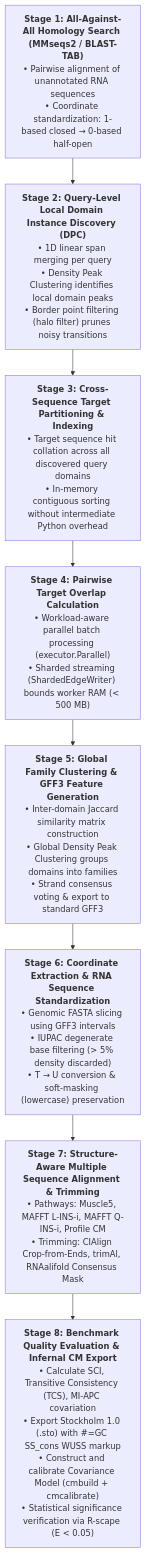
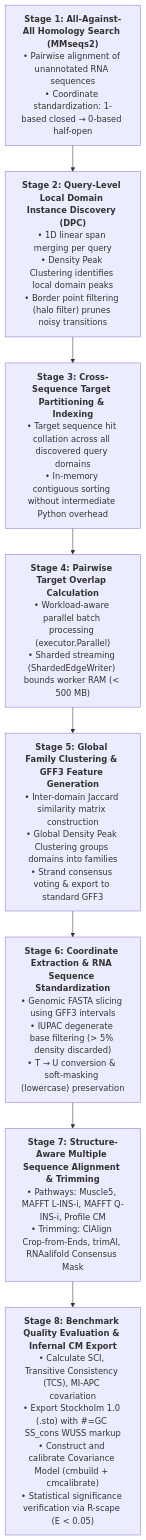
One commit to zwmuam/RFAM_B_domains changed the first of 3 diagrams in README.md. Above: the diagram before and after it, drawn with Mermaid.

Commit message:
Fix Stage 1 description in README.md

````diff
--- a/README.md
+++ b/README.md
@@ -74,13 +74,13 @@
 ```mermaid
 flowchart TD
-    S1["<b>Stage 1: All-Against-All Homology Search (MMseqs2 / BLAST-TAB)</b><br/>• Pairwise alignment of unannotated RNA sequences<br/>• Coordinate standardization: 1-based closed &rarr; 0-based half-open"]
+    S1["<b>Stage 1: All-Against-All Homology Search (MMseqs2)</b><br/>• Pairwise alignment of unannotated RNA sequences<br/>• Coordinate standardization: 1-based closed &rarr; 0-based half-open"]
     S2["<b>Stage 2: Query-Level Local Domain Instance Discovery (DPC)</b><br/>• 1D linear span merging per query<br/>• Density Peak Clustering identifies local domain peaks<br/>• Border point filtering (halo filter) prunes noisy transitions"]
     S3["<b>Stage 3: Cross-Sequence Target Partitioning & Indexing</b><br/>• Target sequence hit collation across all discovered query domains<br/>• In-memory contiguous sorting without intermediate Python overhead"]
     S4["<b>Stage 4: Pairwise Target Overlap Calculation</b><br/>• Workload-aware parallel batch processing (executor.Parallel)<br/>• Sharded streaming (ShardedEdgeWriter) bounds worker RAM (&lt; 500 MB)"]
     S5["<b>Stage 5: Global Family Clustering & GFF3 Feature Generation</b><br/>• Inter-domain Jaccard similarity matrix construction<br/>• Global Density Peak Clustering groups domains into families<br/>• Strand consensus voting & export to standard GFF3"]
     S6["<b>Stage 6: Coordinate Extraction & RNA Sequence Standardization</b><br/>• Genomic FASTA slicing using GFF3 intervals<br/>• IUPAC degenerate base filtering (&gt; 5% density discarded)<br/>• T &rarr; U conversion & soft-masking (lowercase) preservation"]
     S7["<b>Stage 7: Structure-Aware Multiple Sequence Alignment & Trimming</b><br/>• Pathways: Muscle5, MAFFT L-INS-i, MAFFT Q-INS-i, Profile CM<br/>• Trimming: CIAlign Crop-from-Ends, trimAl, RNAalifold Consensus Mask"]
     S8["<b>Stage 8: Benchmark Quality Evaluation & Infernal CM Export</b><br/>• Calculate SCI, Transitive Consistency (TCS), MI-APC covariation<br/>• Export Stockholm 1.0 (.sto) with #=GC SS_cons WUSS markup<br/>• Construct and calibrate Covariance Model (cmbuild + cmcalibrate)<br/>• Statistical significance verification via R-scape (E &lt; 0.05)"]
 
     S1 --> S2 --> S3 --> S4 --> S5 --> S6 --> S7 --> S8
 ```
````
